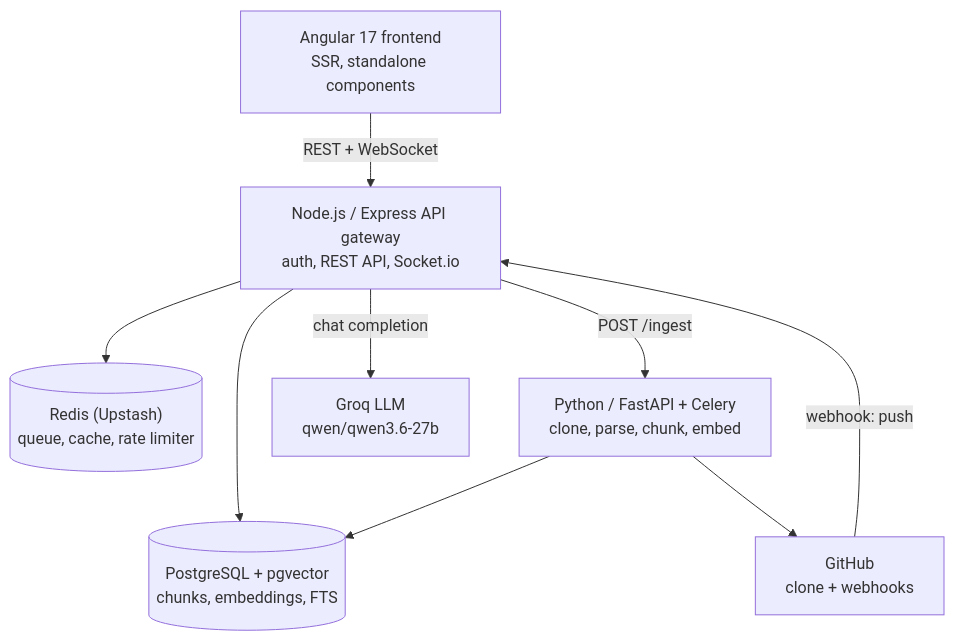
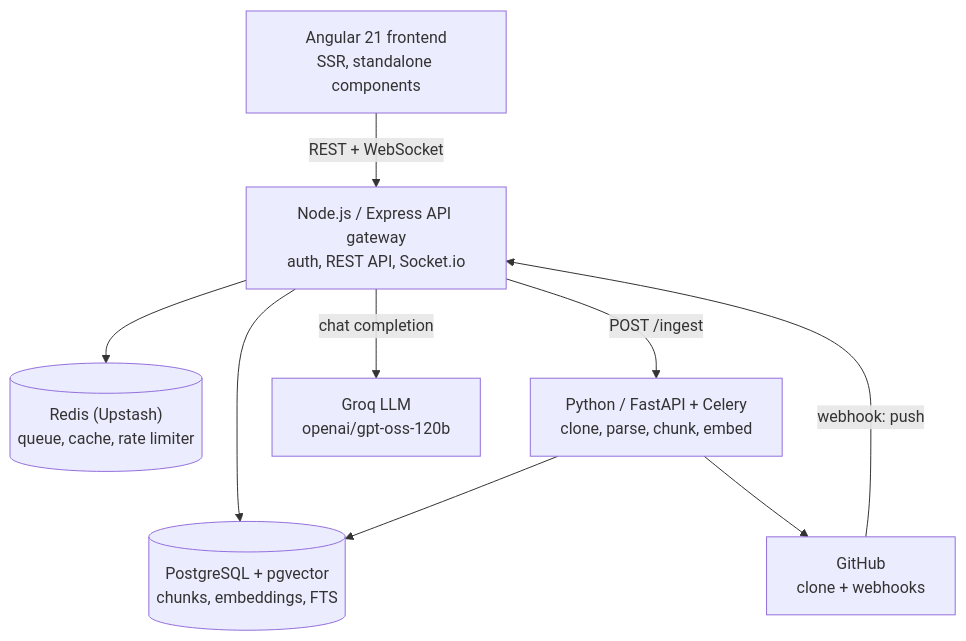
Before and after one commit to prerna7506/RepoLens: the diagram in README.md, drawn with Mermaid. The commit also changed other lines of this file, not shown here.

First line of the commit message:
Update README with Angular and LLM changes

````diff
--- a/README.md
+++ b/README.md
@@ -9,19 +9,19 @@
 ```mermaid
 flowchart TB
-    FE["Angular 17 frontend<br/>SSR, standalone components"]
+    FE["Angular 21 frontend<br/>SSR, standalone components"]
     GW["Node.js / Express API gateway<br/>auth, REST API, Socket.io"]
     PG[("PostgreSQL + pgvector<br/>chunks, embeddings, FTS")]
     RD[("Redis (Upstash)<br/>queue, cache, rate limiter")]
     IW["Python / FastAPI + Celery<br/>clone, parse, chunk, embed"]
     GH["GitHub<br/>clone + webhooks"]
-    GR["Groq LLM<br/>qwen/qwen3.6-27b"]
+    GR["Groq LLM<br/>openai/gpt-oss-120b"]
 
     FE -->|REST + WebSocket| GW
     GW --> PG
     GW --> RD
     GW -->|POST /ingest| IW
     GW -->|chat completion| GR
     IW --> GH
     IW --> PG
     GH -->|webhook: push| GW
 ```
````
